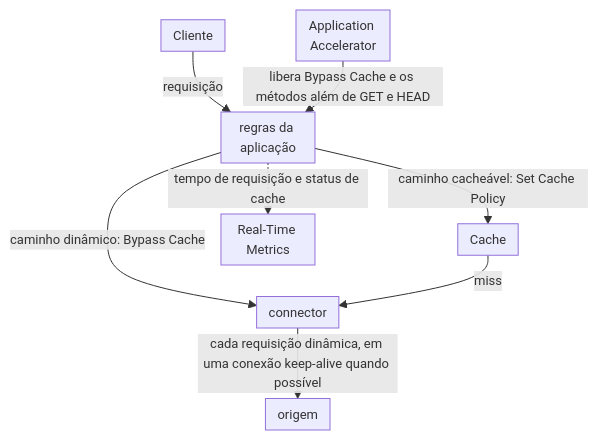
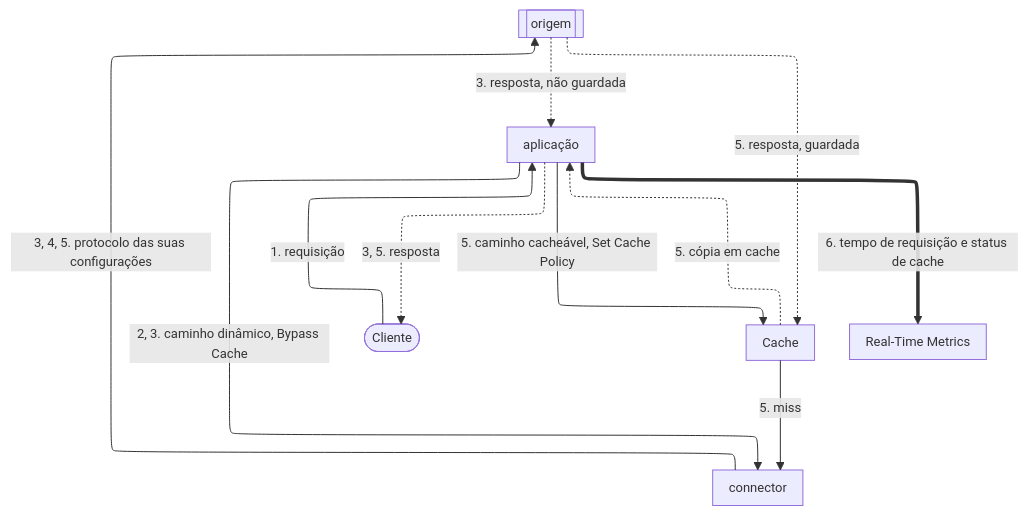
The diagram in apps/docs/src/content/docs/pt-br/pages/arquiteturas/edge-application/application-acceleration.mdx (aziontech/docs), drawn with Mermaid before and after one commit. The commit also changed other lines of this file and 179 other files, not shown here.

Commit message:
docs(diagrams): redraw every other diagram in the use-case diagram style (#2513)

````diff
--- a/apps/docs/src/content/docs/pt-br/pages/arquiteturas/edge-application/application-acceleration.mdx
+++ b/apps/docs/src/content/docs/pt-br/pages/arquiteturas/edge-application/application-acceleration.mdx
@@ -18,11 +20,20 @@
 ```mermaid
-%%{init: {"layout": "dagre", "themeVariables": {"fontSize": "13px"}, "flowchart": {"nodeSpacing": 12, "rankSpacing": 12, "padding": 6, "wrappingWidth": 70, "minNodeWidth": 40, "useMaxWidth": true}}}%%
+%%{init: {"layout": "elk", "elk": {"cycleBreakingStrategy": "MODEL_ORDER"}, "themeVariables": {"fontSize": "13px"}, "flowchart": {"nodeSpacing": 24, "rankSpacing": 36, "padding": 8, "wrappingWidth": 150, "useMaxWidth": true}, "sequence": {"width": 120, "actorMargin": 30, "useMaxWidth": true}}}%%
 flowchart TD
-  Client["Cliente"] -->|"requisição"| App["regras da aplicação"]
-  AA["Application Accelerator"] -->|"libera Bypass Cache e os métodos além de GET e HEAD"| App
-  App -->|"caminho dinâmico: Bypass Cache"| Conn["connector"]
-  App -->|"caminho cacheável: Set Cache Policy"| Cache["Cache"]
-  Cache -->|"miss"| Conn
-  Conn -->|"cada requisição dinâmica, em uma conexão keep-alive quando possível"| Origin["origem"]
-  App -.->|"tempo de requisição e status de cache"| RTM["Real-Time Metrics"]
+  Client(["Cliente"])
+  App["aplicação"]
+  Cache["Cache"]
+  Conn["connector"]
+  Origin[["origem"]]
+  RTM["Real-Time Metrics"]
+  Client -->|"1. requisição"| App
+  App -->|"2, 3. caminho dinâmico, Bypass Cache"| Conn
+  App -->|"5. caminho cacheável, Set Cache Policy"| Cache
+  Cache -->|"5. miss"| Conn
+  Conn -->|"3, 4, 5. protocolo das suas configurações"| Origin
+  Origin -.->|"3. resposta, não guardada"| App
+  Origin -.->|"5. resposta, guardada"| Cache
+  Cache -.->|"5. cópia em cache"| App
+  App -.->|"3, 5. resposta"| Client
+  App ==>|"6. tempo de requisição e status de cache"| RTM
 ```
````
